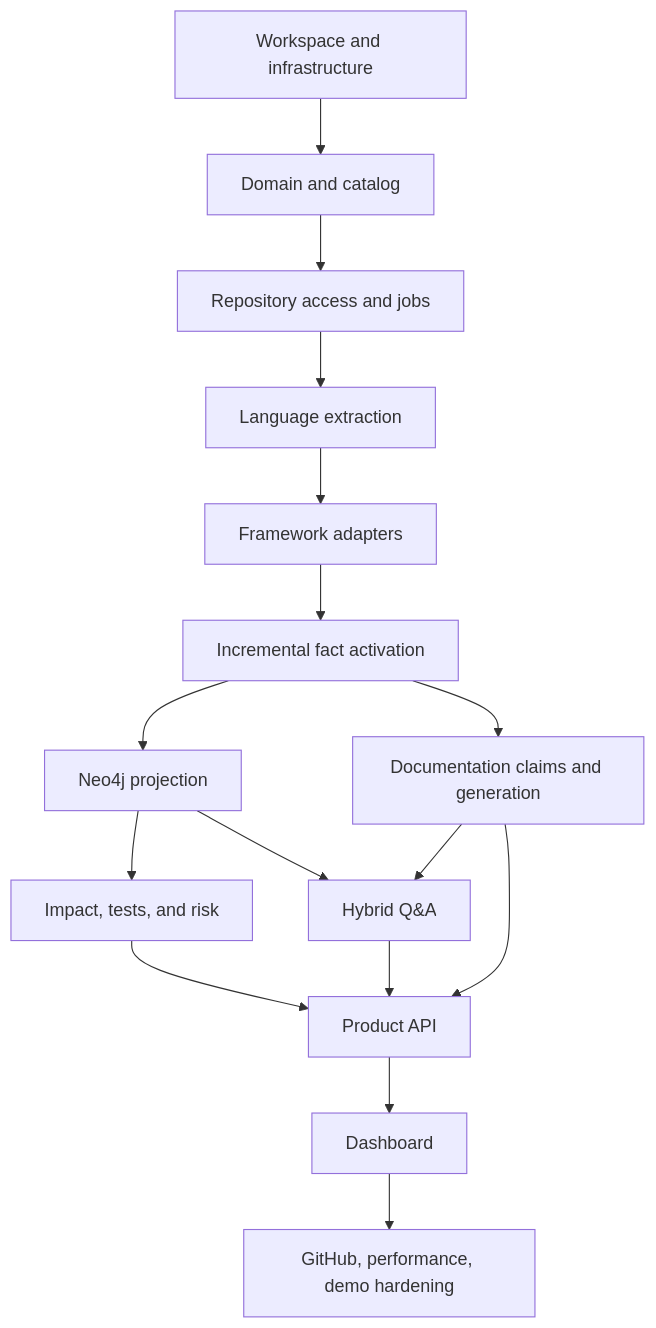
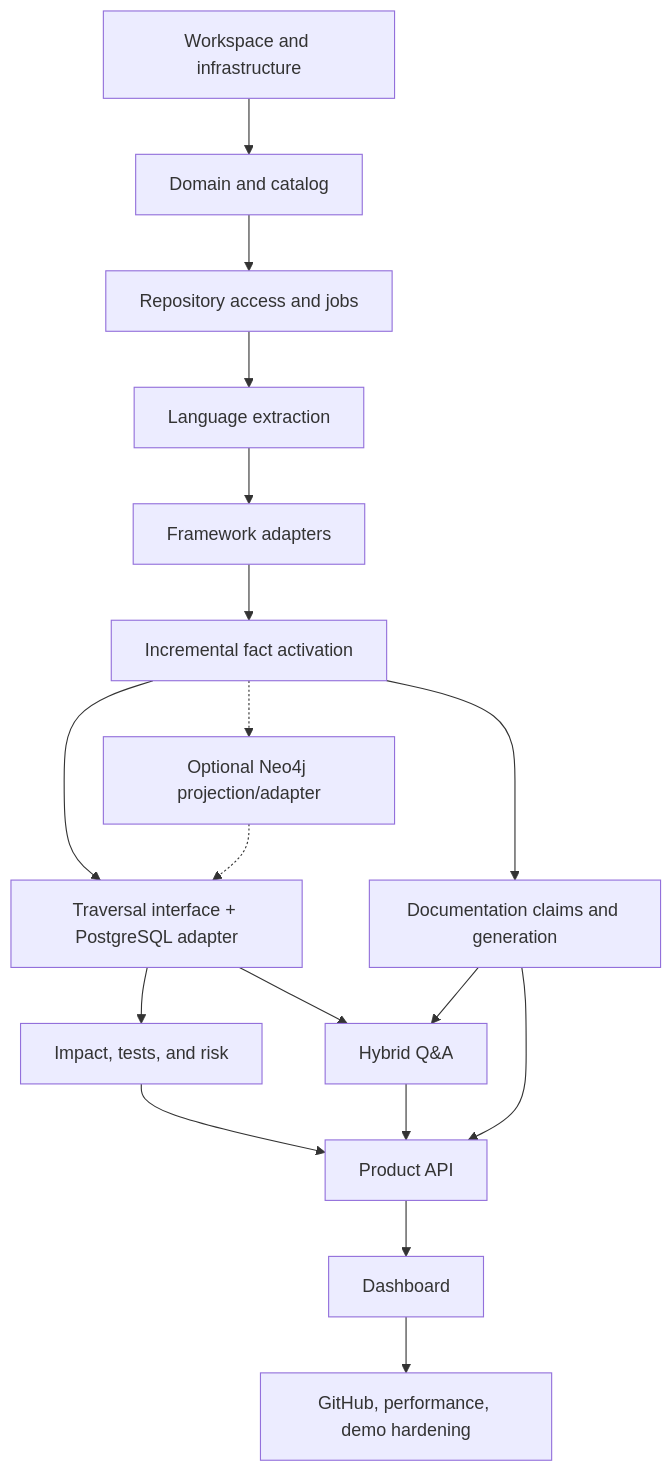
One commit to gaurav-madkaikar/IntelliRepo changed the diagram in docs/superpowers/plans/2026-07-15-intellirepo-portfolio-vertical-slice-implementation-plan.md. Above: the diagram before and after it, drawn with Mermaid. The commit also changed other lines of this file and 31 other files, not shown here.

````diff
--- a/docs/superpowers/plans/2026-07-15-intellirepo-portfolio-vertical-slice-implementation-plan.md
+++ b/docs/superpowers/plans/2026-07-15-intellirepo-portfolio-vertical-slice-implementation-plan.md
@@ -827,18 +844,20 @@
 ```mermaid
 flowchart TD
     BOOT["Workspace and infrastructure"] --> DOMAIN["Domain and catalog"]
     DOMAIN --> REPO["Repository access and jobs"]
     REPO --> LANG["Language extraction"]
     LANG --> FRAME["Framework adapters"]
     FRAME --> INCR["Incremental fact activation"]
-    INCR --> GRAPH["Neo4j projection"]
-    GRAPH --> IMPACT["Impact, tests, and risk"]
+    INCR --> TRAVERSAL["Traversal interface + PostgreSQL adapter"]
+    INCR -.-> NEO["Optional Neo4j projection/adapter"]
+    TRAVERSAL --> IMPACT["Impact, tests, and risk"]
+    NEO -.-> TRAVERSAL
     INCR --> DOCS["Documentation claims and generation"]
-    GRAPH --> QA["Hybrid Q&A"]
+    TRAVERSAL --> QA["Hybrid Q&A"]
     DOCS --> QA
     IMPACT --> API["Product API"]
     DOCS --> API
     QA --> API
     API --> WEB["Dashboard"]
     WEB --> HARDEN["GitHub, performance, demo hardening"]
 ```
````
